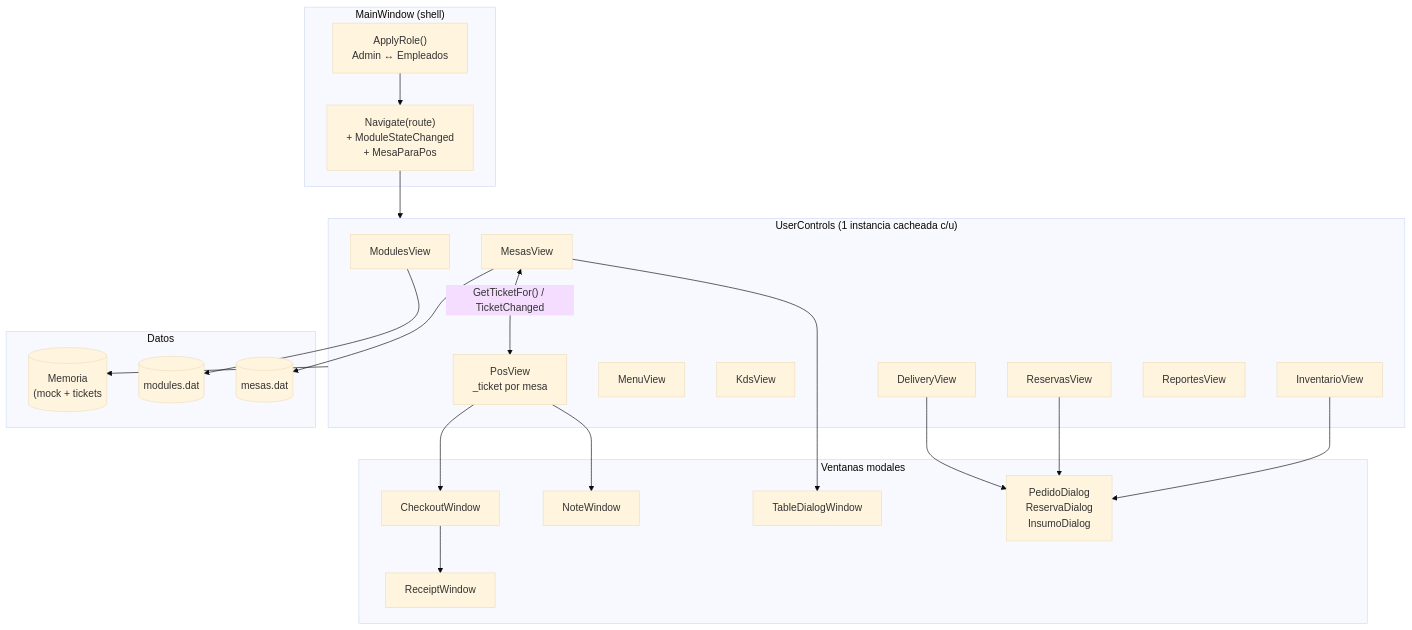
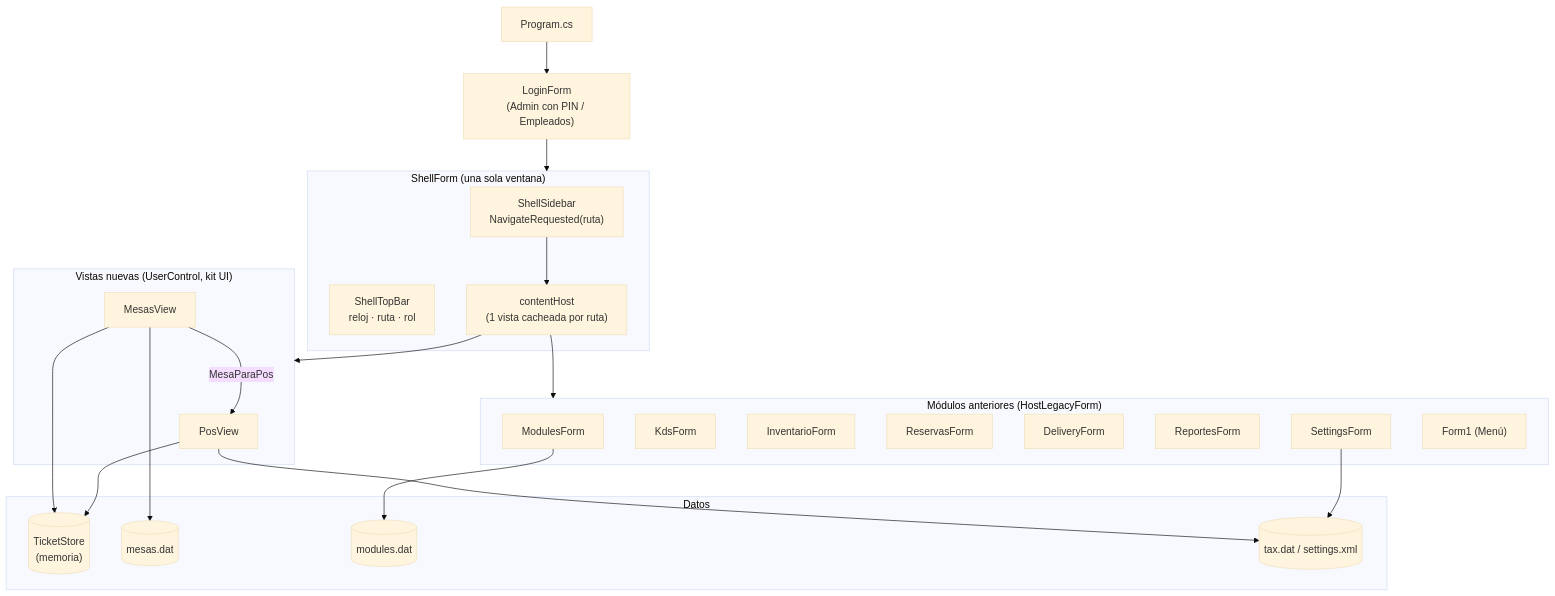
Before and after one commit to MrDylanDev/Desktop: the first of 2 diagrams in README.md, drawn with Mermaid (base theme). The commit also changed other lines of this file and 115 other files, not shown here.

First line of the commit message:
feat: RestoOS en WinForms .NET 8 con ventana única y kit visual del diseño WPF

````diff
--- a/README.md
+++ b/README.md
@@ -64,42 +60,40 @@
 ```mermaid
 flowchart TB
-    subgraph Shell["MainWindow (shell)"]
-        NAV["Navigate(route)\n+ ModuleStateChanged\n+ MesaParaPos"]
-        ROLE["ApplyRole()\nAdmin ↔ Empleados"]
+    P["Program.cs"] --> L["LoginForm\n(Admin con PIN / Empleados)"]
+    L --> S
+    subgraph S["ShellForm (una sola ventana)"]
+        SB["ShellSidebar\nNavigateRequested(ruta)"]
+        TB["ShellTopBar\nreloj · ruta · rol"]
+        CH["contentHost\n(1 vista cacheada por ruta)"]
     end
-    subgraph Vistas["UserControls (1 instancia cacheada c/u)"]
-        MOD["ModulesView"]
-        POS["PosView\n_ticket por mesa"]
+    subgraph Nuevas["Vistas nuevas (UserControl, kit UI)"]
+        POS["PosView"]
         MES["MesasView"]
-        MEN["MenuView"]
-        KDS["KdsView"]
-        INV["InventarioView"]
-        RES["ReservasView"]
-        DEL["DeliveryView"]
-        REP["ReportesView"]
     end
-    subgraph Dialogos["Ventanas modales"]
-        CK["CheckoutWindow"]
-        RC["ReceiptWindow"]
-        NT["NoteWindow"]
-        TD["TableDialogWindow"]
-        PD["PedidoDialog\nReservaDialog\nInsumoDialog"]
+    subgraph Legacy["Módulos anteriores (HostLegacyForm)"]
+        MOD["ModulesForm"]
+        KDS["KdsForm"]
+        INV["InventarioForm"]
+        RES["ReservasForm"]
+        DEL["DeliveryForm"]
+        REP["ReportesForm"]
+        CFG["SettingsForm"]
+        MENU["Form1 (Menú)"]
     end
     subgraph Datos["Datos"]
-        MEM[("Memoria\n(mock + tickets")]
-        MODF[("modules.dat")]
-        MESF[("mesas.dat")]
+        TS[("TicketStore\n(memoria)")]
+        MS[("mesas.dat")]
+        MD[("modules.dat")]
+        TX[("tax.dat / settings.xml")]
     end
-    NAV --> Vistas
-    ROLE --> NAV
-    POS --> CK --> RC
-    POS --> NT
-    MES --> TD
-    MES <-->|"GetTicketFor() / TicketChanged"| POS
-    DEL --> PD
-    RES --> PD
-    INV --> PD
-    MOD --> MODF
-    MES --> MESF
-    Vistas --> MEM
+    SB --> CH
+    CH --> Nuevas
+    CH --> Legacy
+    MES -- "MesaParaPos" --> POS
+    POS --> TS
+    MES --> TS
+    MES --> MS
+    MOD --> MD
+    CFG --> TX
+    POS --> TX
 ```
````
